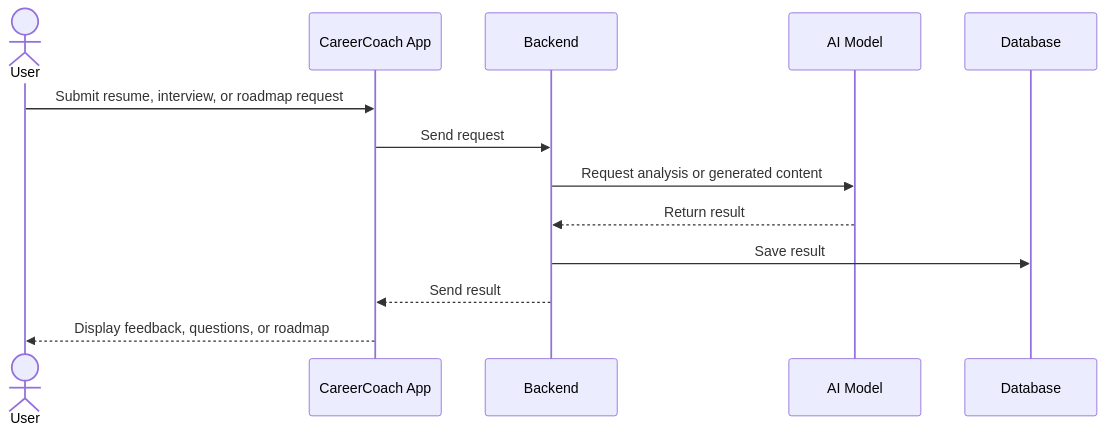
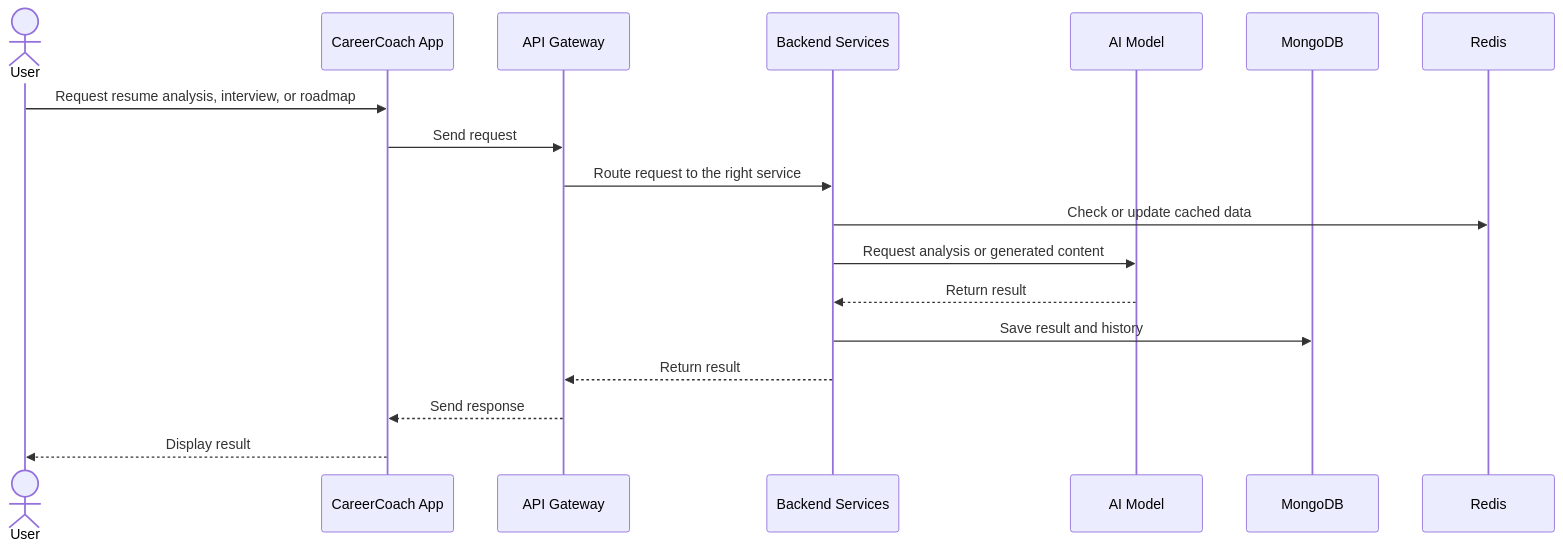
The second of 2 diagrams in README.md (Tushar-Sharma-hub/CareerCoach), drawn with Mermaid before and after one commit.

````diff
--- a/README.md
+++ b/README.md
@@ -202,16 +202,21 @@
 ```mermaid
 sequenceDiagram
     actor User
     participant App as CareerCoach App
-    participant Backend
+    participant Gateway as API Gateway
+    participant Services as Backend Services
     participant AI as AI Model
-    participant DB as Database
+    participant Mongo as MongoDB
+    participant Redis
 
-    User->>App: Submit resume, interview, or roadmap request
-    App->>Backend: Send request
-    Backend->>AI: Request analysis or generated content
-    AI-->>Backend: Return result
-    Backend->>DB: Save result
-    Backend-->>App: Send result
-    App-->>User: Display feedback, questions, or roadmap
+    User->>App: Request resume analysis, interview, or roadmap
+    App->>Gateway: Send request
+    Gateway->>Services: Route request to the right service
+    Services->>Redis: Check or update cached data
+    Services->>AI: Request analysis or generated content
+    AI-->>Services: Return result
+    Services->>Mongo: Save result and history
+    Services-->>Gateway: Return result
+    Gateway-->>App: Send response
+    App-->>User: Display result
 ```
````
